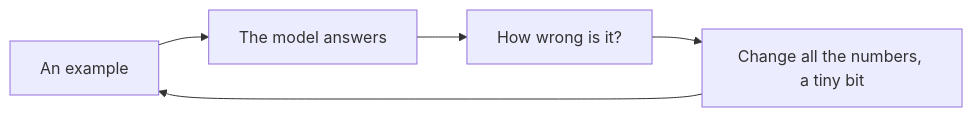
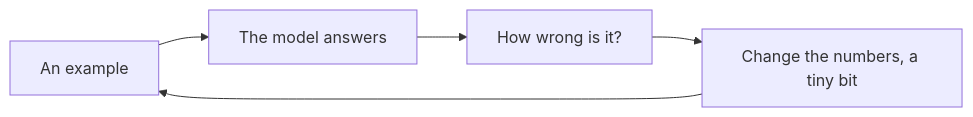
Before and after one commit to Youth-AI-Lab/yal-workshop-finetune: the first of 3 diagrams in README.md, drawn with Mermaid. The commit also changed other lines of this file and 8 other files, not shown here.

````diff
--- a/README.md
+++ b/README.md
@@ -187,7 +193,7 @@
 ```mermaid
 flowchart LR
   E["An example"] --> A["The model answers"]
   A --> W["How wrong is it?"]
-  W --> C["Change all the numbers, a tiny bit"]
+  W --> C["Change the numbers, a tiny bit"]
   C --> E
 ```
````
